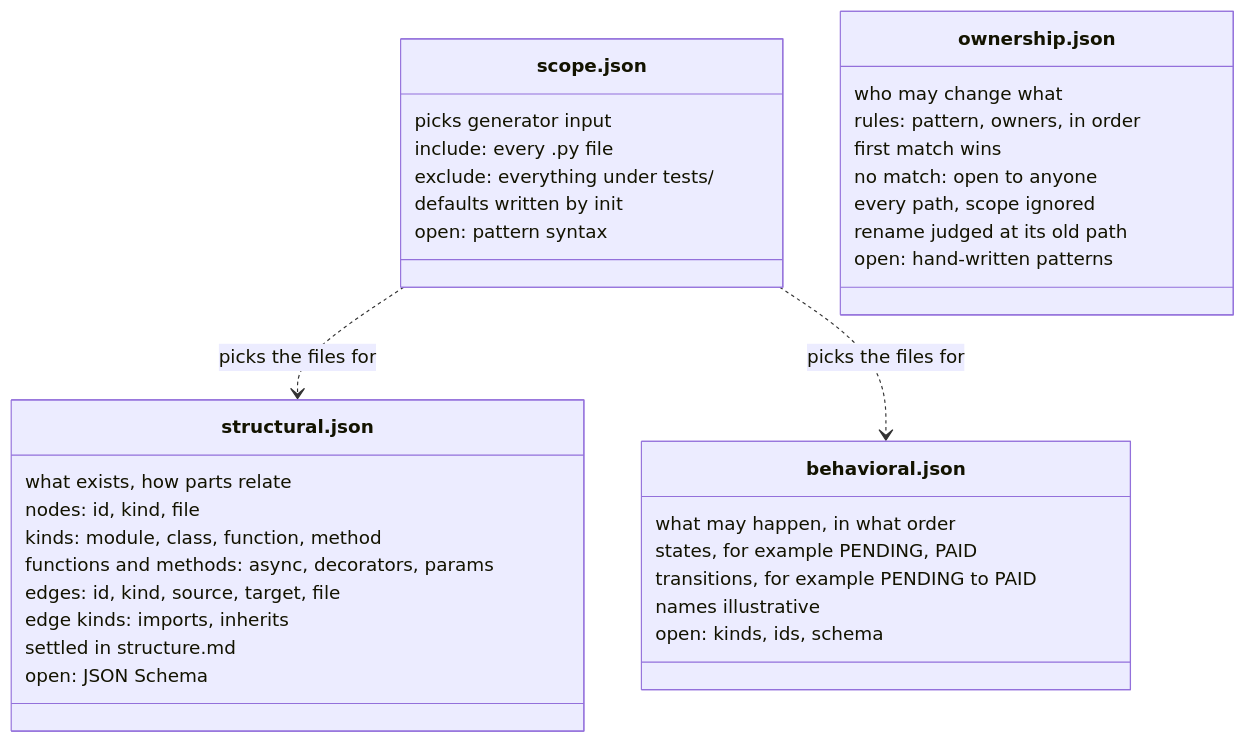
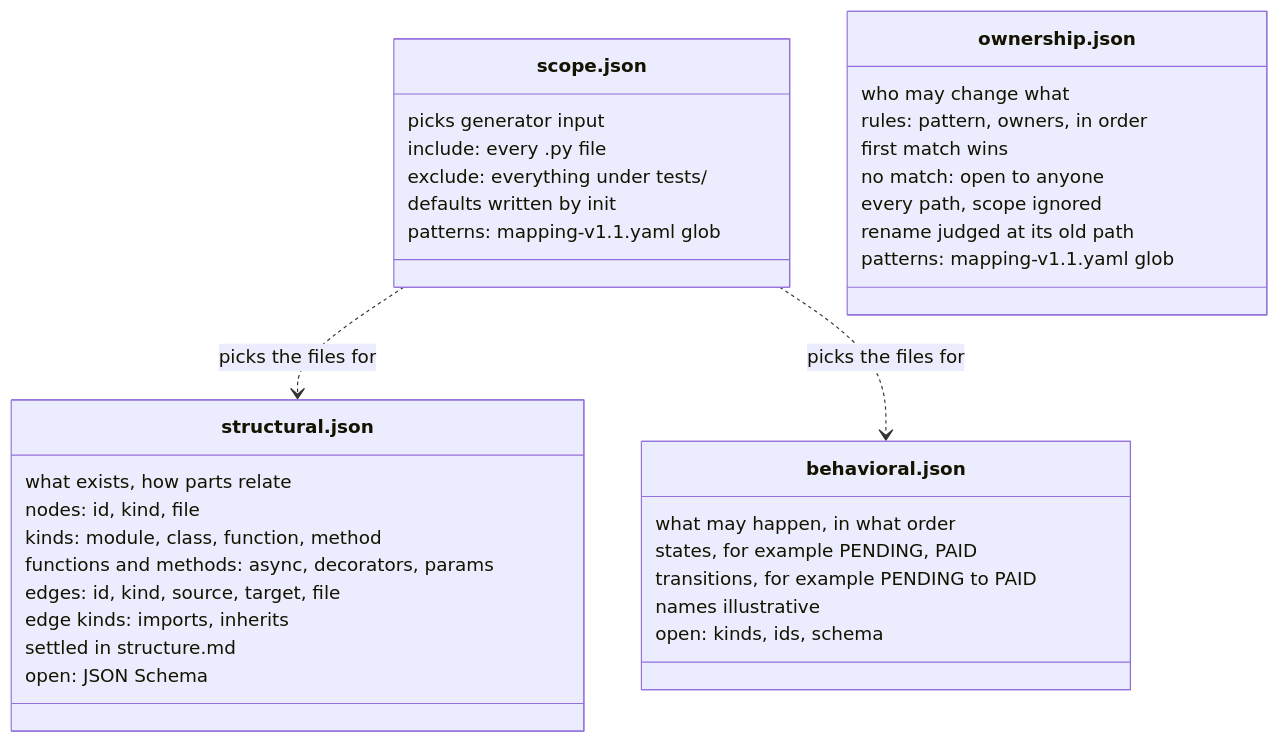
Before and after one commit to MuhammadSban/DocumentationModelDrifter: the diagram in docs/models/models-folder.md, drawn with Mermaid. The commit also changed 6 other files, not shown here.

````diff
--- a/docs/models/models-folder.md
+++ b/docs/models/models-folder.md
@@ -7,42 +7,42 @@
 ```mermaid
 classDiagram
     accTitle: The four files in /models
     accDescr: scope.json picks which files feed the structural and behavioral generators. structural.json holds nodes and edges, behavioral.json at least states and transitions, ownership.json an ordered list of rules. Open items are named in each box.
 
     class scope["scope.json"] {
         picks generator input
         include: every .py file
         exclude: everything under tests/
         defaults written by init
-        open: pattern syntax
+        patterns: mapping-v1.1.yaml glob
     }
     class structural["structural.json"] {
         what exists, how parts relate
         nodes: id, kind, file
         kinds: module, class, function, method
         functions and methods: async, decorators, params
         edges: id, kind, source, target, file
         edge kinds: imports, inherits
         settled in structure.md
         open: JSON Schema
     }
     class behavioral["behavioral.json"] {
         what may happen, in what order
         states, for example PENDING, PAID
         transitions, for example PENDING to PAID
         names illustrative
         open: kinds, ids, schema
     }
     class ownership["ownership.json"] {
         who may change what
         rules: pattern, owners, in order
         first match wins
         no match: open to anyone
         every path, scope ignored
         rename judged at its old path
-        open: hand-written patterns
+        patterns: mapping-v1.1.yaml glob
     }
 
     scope ..> structural : picks the files for
     scope ..> behavioral : picks the files for
 ```
````
